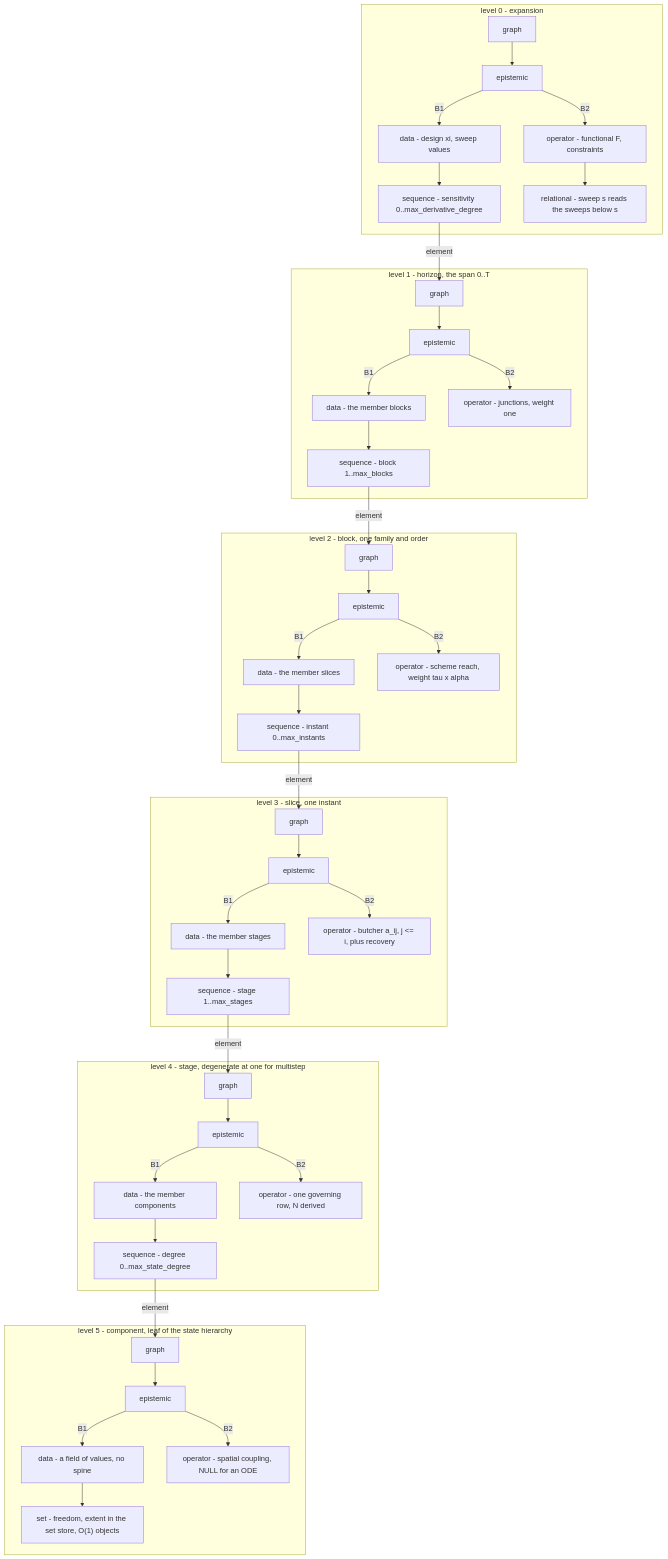
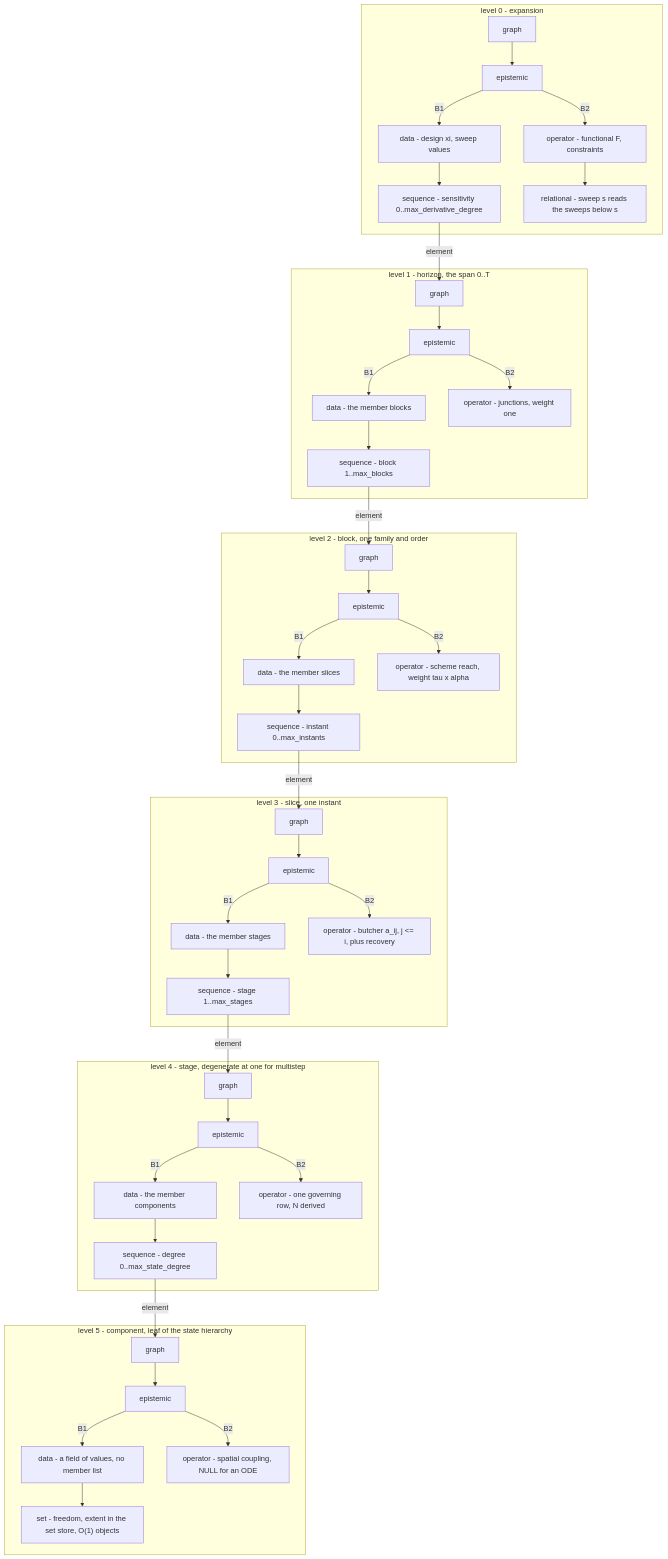
Before and after one commit to komahanb/unstructured-finite-volume: the third of 3 diagrams in maths/demo/gti.md, drawn with Mermaid. The commit also changed other lines of this file and 95 other files, not shown here.

````diff
--- a/maths/demo/gti.md
+++ b/maths/demo/gti.md
@@ -124,56 +124,56 @@
 ```mermaid
 graph TD
   subgraph L0["level 0 - expansion"]
     G0["graph"]
     G0 --> E0["epistemic"]
     E0 -->|B1| E0D["data - design xi, sweep values"]
     E0 -->|B2| E0O["operator - functional F, constraints"]
     E0D --> S0["sequence - sensitivity 0..max_derivative_degree"]
     E0O --> R0["relational - sweep s reads the sweeps below s"]
   end
   S0 -->|element| G1
 
   subgraph L1["level 1 - horizon, the span 0..T"]
     G1["graph"]
     G1 --> E1["epistemic"]
     E1 -->|B1| E1D["data - the member blocks"]
     E1 -->|B2| E1O["operator - junctions, weight one"]
     E1D --> S1["sequence - block 1..max_blocks"]
   end
   S1 -->|element| G2
 
   subgraph L2["level 2 - block, one family and order"]
     G2["graph"]
     G2 --> E2["epistemic"]
     E2 -->|B1| E2D["data - the member slices"]
     E2 -->|B2| E2O["operator - scheme reach, weight tau x alpha"]
     E2D --> S2["sequence - instant 0..max_instants"]
   end
   S2 -->|element| G3
 
   subgraph L3["level 3 - slice, one instant"]
     G3["graph"]
     G3 --> E3["epistemic"]
     E3 -->|B1| E3D["data - the member stages"]
     E3 -->|B2| E3O["operator - butcher a_ij, j <= i, plus recovery"]
     E3D --> S3["sequence - stage 1..max_stages"]
   end
   S3 -->|element| G4
 
   subgraph L4["level 4 - stage, degenerate at one for multistep"]
     G4["graph"]
     G4 --> E4["epistemic"]
     E4 -->|B1| E4D["data - the member components"]
     E4 -->|B2| E4O["operator - one governing row, N derived"]
     E4D --> S4["sequence - degree 0..max_state_degree"]
   end
   S4 -->|element| G5
 
   subgraph L5["level 5 - component, leaf of the state hierarchy"]
     G5["graph"]
     G5 --> E5["epistemic"]
-    E5 -->|B1| E5D["data - a field of values, no spine"]
+    E5 -->|B1| E5D["data - a field of values, no member list"]
     E5 -->|B2| E5O["operator - spatial coupling, NULL for an ODE"]
     E5D --> V5["set - freedom, extent in the set store, O(1) objects"]
   end
 ```
````
